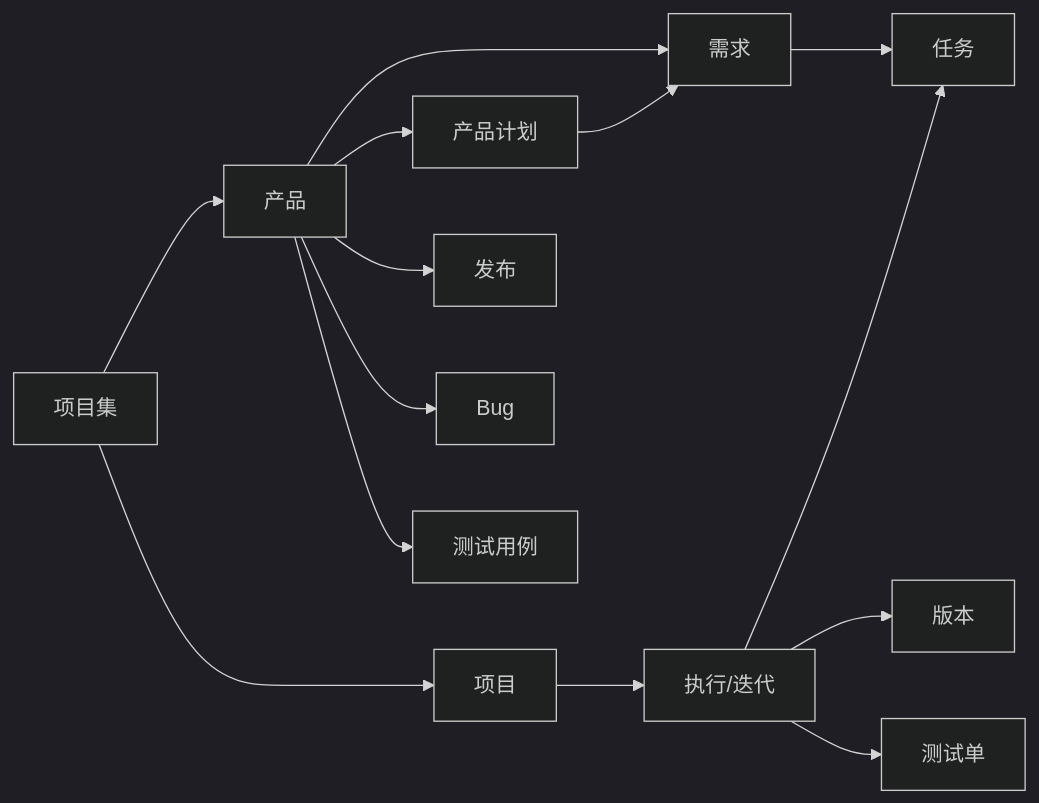
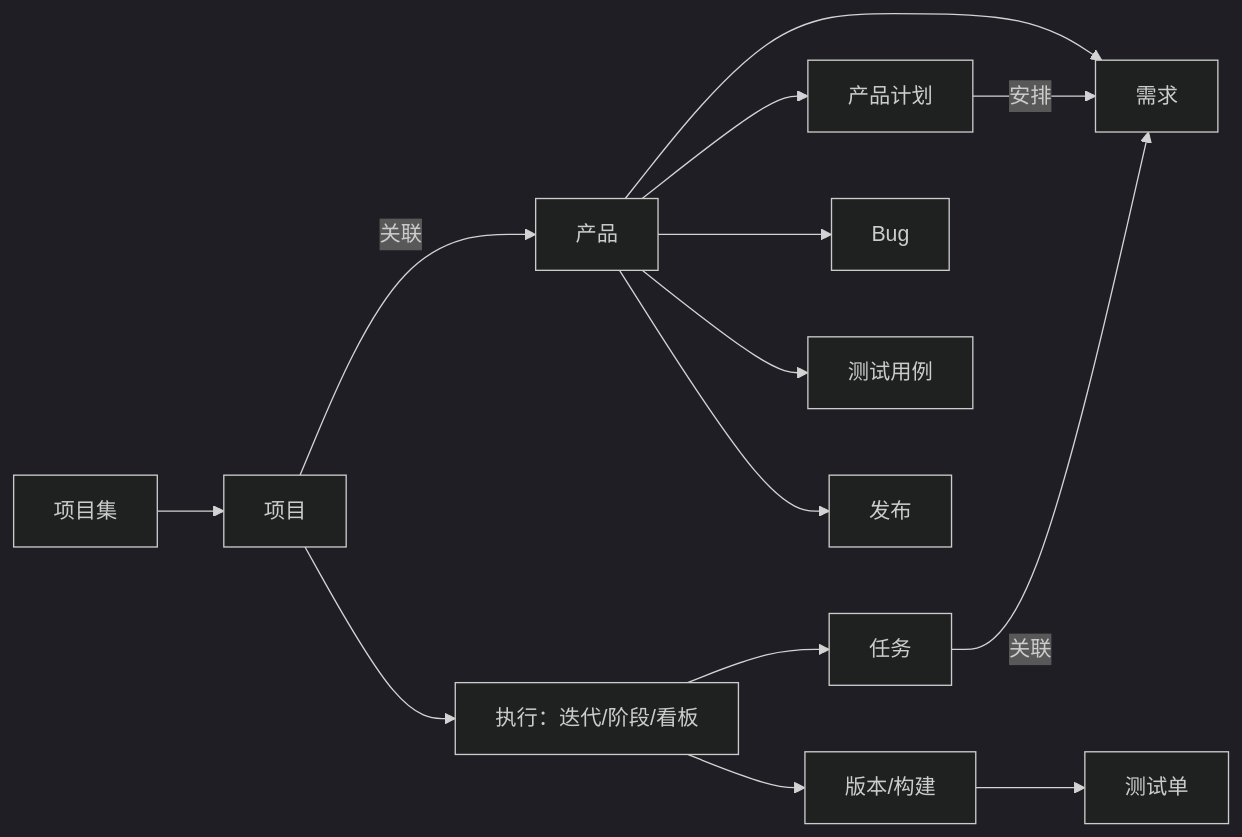
Before and after one commit to easysoft/zentao-cli: the diagram in skills/zentao-tour/overview.md, drawn with Mermaid (dark theme). The commit also changed other lines of this file and 11 other files, not shown here.

````diff
--- a/skills/zentao-tour/overview.md
+++ b/skills/zentao-tour/overview.md
@@ -18,16 +9,16 @@
 ```mermaid
 flowchart LR
-    Program[项目集] --> Product[产品]
-    Program --> Project[项目]
+    Program[项目集] --> Project[项目]
+    Project -->|关联| Product[产品]
     Product --> Story[需求]
-    Product --> ProductPlan[产品计划]
+    Product --> Plan[产品计划]
+    Plan -->|安排| Story
+    Project --> Execution[执行：迭代/阶段/看板]
+    Execution --> Task[任务]
+    Task -->|关联| Story
+    Product --> Bug[Bug]
+    Product --> Case[测试用例]
+    Execution --> Build[版本/构建]
+    Build --> TestTask[测试单]
     Product --> Release[发布]
-    Project --> Execution[执行/迭代]
-    Execution --> Task[任务]
-    Execution --> Build[版本]
-    Product --> Bug[Bug]
-    Product --> TestCase[测试用例]
-    Execution --> TestTask[测试单]
-    ProductPlan --> Story
-    Story --> Task
 ```
````
